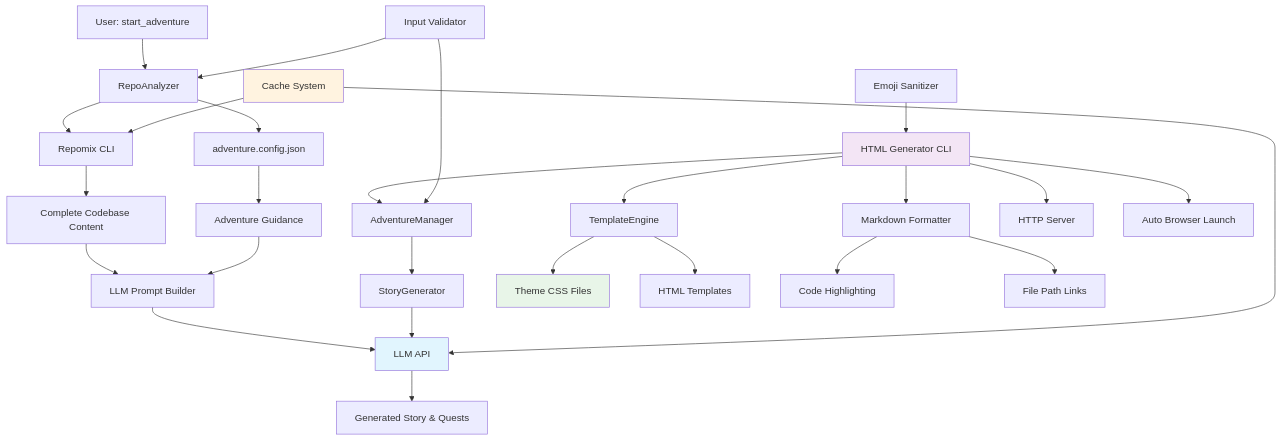
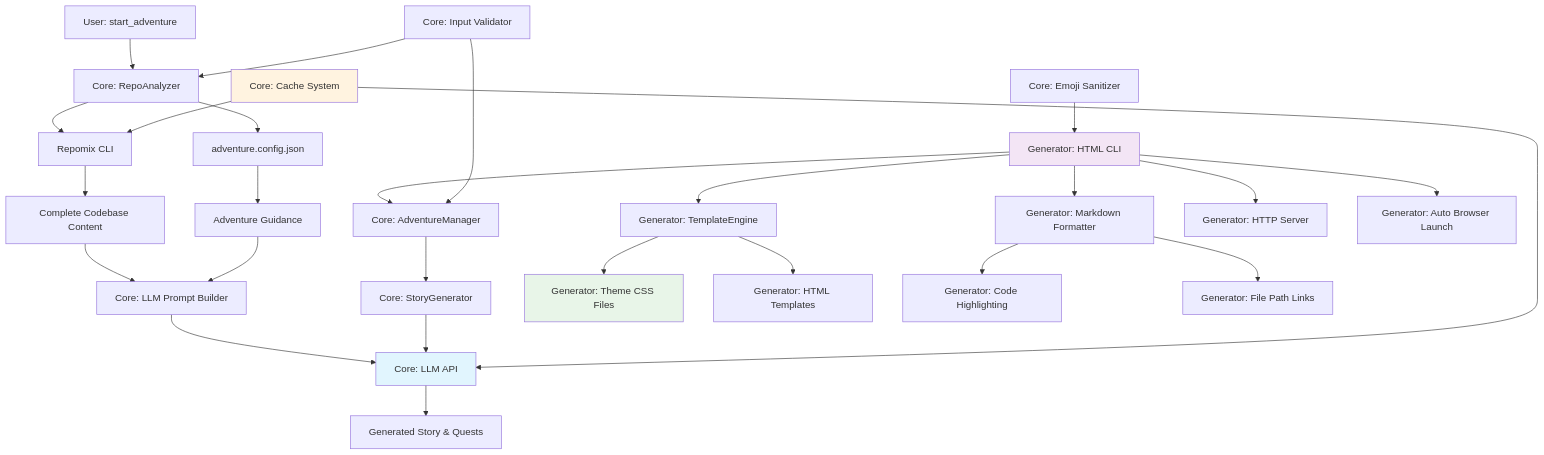
Before and after one commit to DanWahlin/ai-repo-adventures: the second of 2 diagrams in README.md, drawn with Mermaid. The commit also changed other lines of this file and 136 other files, not shown here.

````diff
--- a/README.md
+++ b/README.md
@@ -71,38 +71,38 @@
 ```mermaid
 graph TD
-    A[User: start_adventure] --> B[RepoAnalyzer]
+    A[User: start_adventure] --> B[Core: RepoAnalyzer]
     B --> C[Repomix CLI]
     C --> D[Complete Codebase Content]
     
     B --> E[adventure.config.json]
     E --> F[Adventure Guidance]
     
-    D --> G[LLM Prompt Builder]
+    D --> G[Core: LLM Prompt Builder]
     F --> G
     
-    G --> H[LLM API]
+    G --> H[Core: LLM API]
     H --> I[Generated Story & Quests]
     
-    J[HTML Generator CLI] --> K[AdventureManager]
-    K --> L[StoryGenerator] 
+    J[Generator: HTML CLI] --> K[Core: AdventureManager]
+    K --> L[Core: StoryGenerator] 
     L --> H
-    J --> M[TemplateEngine]
-    M --> N[Theme CSS Files]
-    M --> O[HTML Templates]
-    J --> P[Markdown Formatter]
-    P --> Q[Code Highlighting]
-    P --> R[File Path Links]
-    J --> S[HTTP Server]
-    J --> T[Auto Browser Launch]
+    J --> M[Generator: TemplateEngine]
+    M --> N[Generator: Theme CSS Files]
+    M --> O[Generator: HTML Templates]
+    J --> P[Generator: Markdown Formatter]
+    P --> Q[Generator: Code Highlighting]
+    P --> R[Generator: File Path Links]
+    J --> S[Generator: HTTP Server]
+    J --> T[Generator: Auto Browser Launch]
     
-    U[Input Validator] --> B
+    U[Core: Input Validator] --> B
     U --> K
-    V[Cache System] --> C
+    V[Core: Cache System] --> C
     V --> H
-    W[Emoji Sanitizer] --> J
+    W[Core: Emoji Sanitizer] --> J
     
     style H fill:#e1f5fe
     style J fill:#f3e5f5
     style N fill:#e8f5e8
     style V fill:#fff3e0
 ```
````
